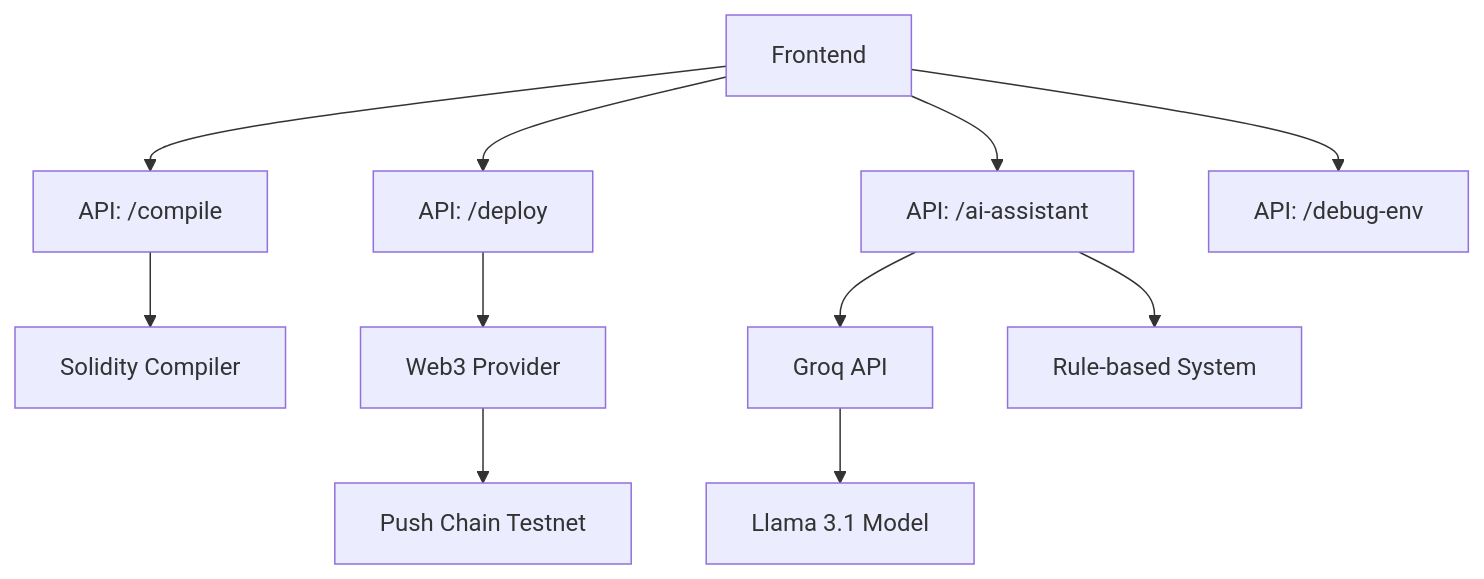
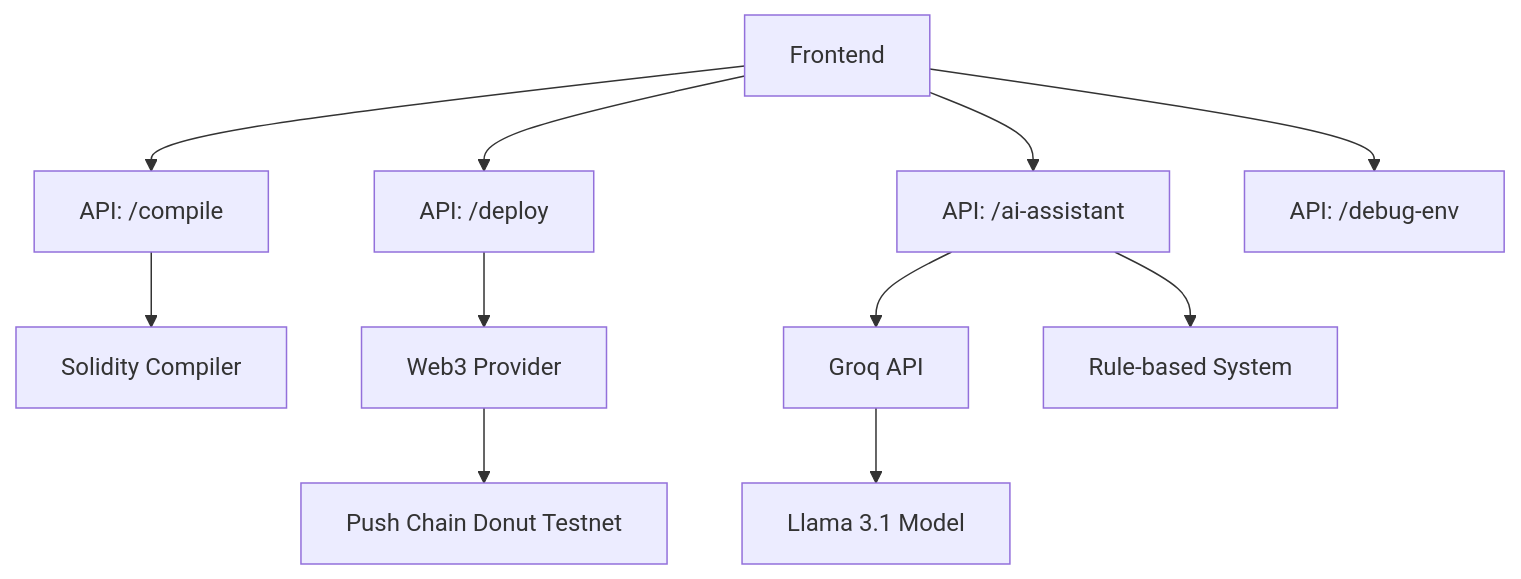
One commit to enliven17/push-playground changed the first of 2 diagrams in docs/api-endpoints.md. Above: the diagram before and after it, drawn with Mermaid. The commit also changed other lines of this file and 3 other files, not shown here.

Commit message:
diagrams update

````diff
--- a/docs/api-endpoints.md
+++ b/docs/api-endpoints.md
@@ -5,15 +5,15 @@
 ```mermaid
 graph TB
     A[Frontend] --> B["API: /compile"]
     A --> C["API: /deploy"]
     A --> D["API: /ai-assistant"]
     A --> E["API: /debug-env"]
     
     B --> F[Solidity Compiler]
     C --> G[Web3 Provider]
     D --> H[Groq API]
     D --> I[Rule-based System]
     
-    G --> J[Push Chain Testnet]
+    G --> J[Push Chain Donut Testnet]
     H --> K[Llama 3.1 Model]
 ```
````
